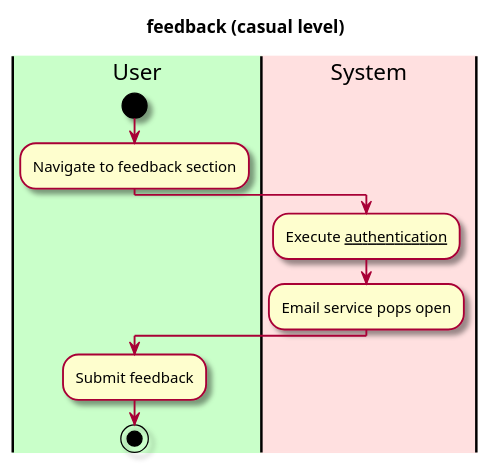
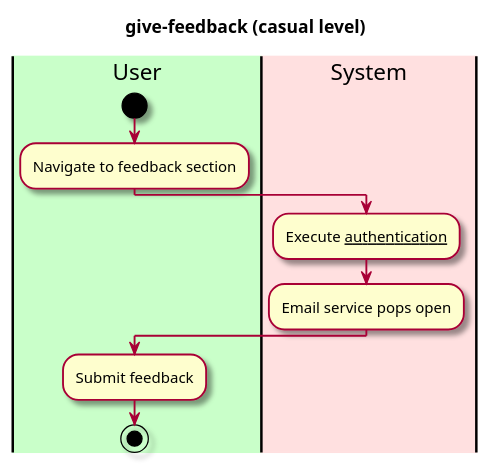
One commit to EzekielEkanem/team-1d changed the diagram in intellij/doc/use-cases/use-case-give-feedback.md. Above: the diagram before and after it, drawn with PlantUML. The commit also changed other lines of this file and 7 other files, not shown here.

````diff
--- a/intellij/doc/use-cases/use-case-give-feedback.md
+++ b/intellij/doc/use-cases/use-case-give-feedback.md
@@ -24,30 +24,30 @@
 ```plantuml
 @startuml
 
 skin rose
 
-title feedback (casual level)
+title give-feedback (casual level)
 
 'define the lanes
 
 |#technology|User|
 |#implementation|System|
 
 
 |User|
 
 start
 
 :Navigate to feedback section;
 
 |System|
 
 :Execute __authentication__;
 :Email service pops open;
     
 |User|
 :Submit feedback;
 
 stop
 @enduml
 ```
````
